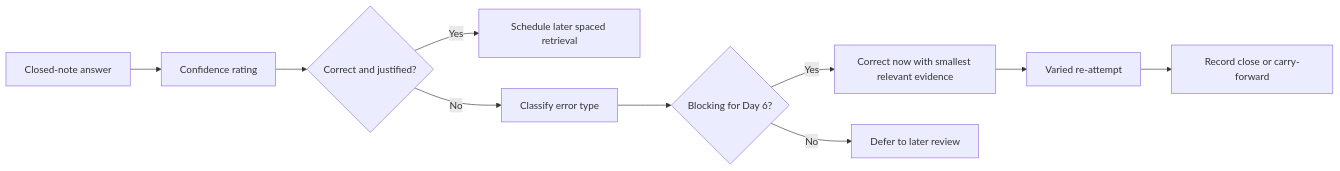
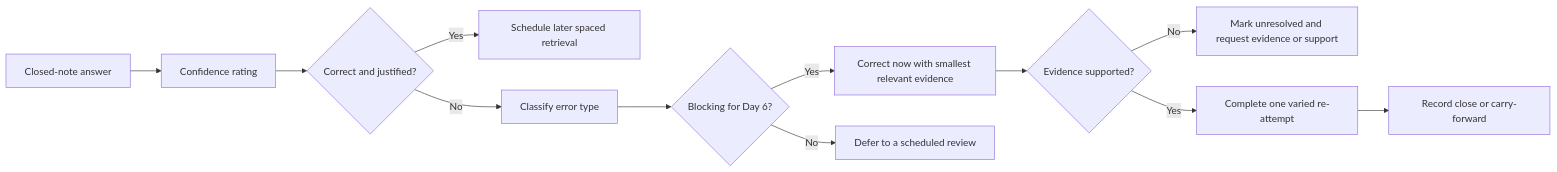
Before and after one commit to andrew3stedall/capstone: the second of 2 diagrams in docs/learning-plans/6-week/modules/day-05-rest-retrieval-and-source-navigation-correction.md, drawn with Mermaid. The commit also changed other lines of this file, not shown here.

````diff
--- a/docs/learning-plans/6-week/modules/day-05-rest-retrieval-and-source-navigation-correction.md
+++ b/docs/learning-plans/6-week/modules/day-05-rest-retrieval-and-source-navigation-correction.md
@@ -182,12 +202,14 @@
 ```mermaid
 flowchart LR
     Q["Closed-note answer"] --> C["Confidence rating"]
     C --> X{"Correct and justified?"}
     X -->|"Yes"| S["Schedule later spaced retrieval"]
     X -->|"No"| T["Classify error type"]
     T --> P{"Blocking for Day 6?"}
     P -->|"Yes"| E["Correct now with smallest relevant evidence"]
-    P -->|"No"| D["Defer to later review"]
-    E --> V["Varied re-attempt"]
+    P -->|"No"| D["Defer to a scheduled review"]
+    E --> G{"Evidence supported?"}
+    G -->|"No"| U["Mark unresolved and request evidence or support"]
+    G -->|"Yes"| V["Complete one varied re-attempt"]
     V --> R["Record close or carry-forward"]
 ```
````
